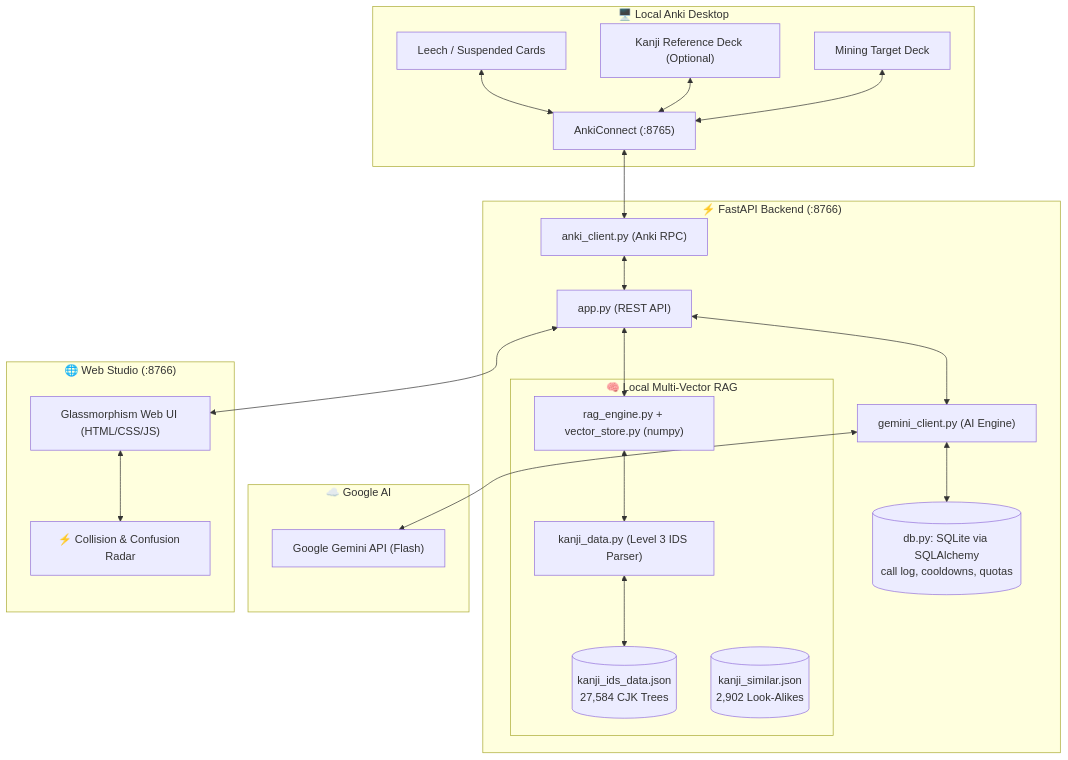
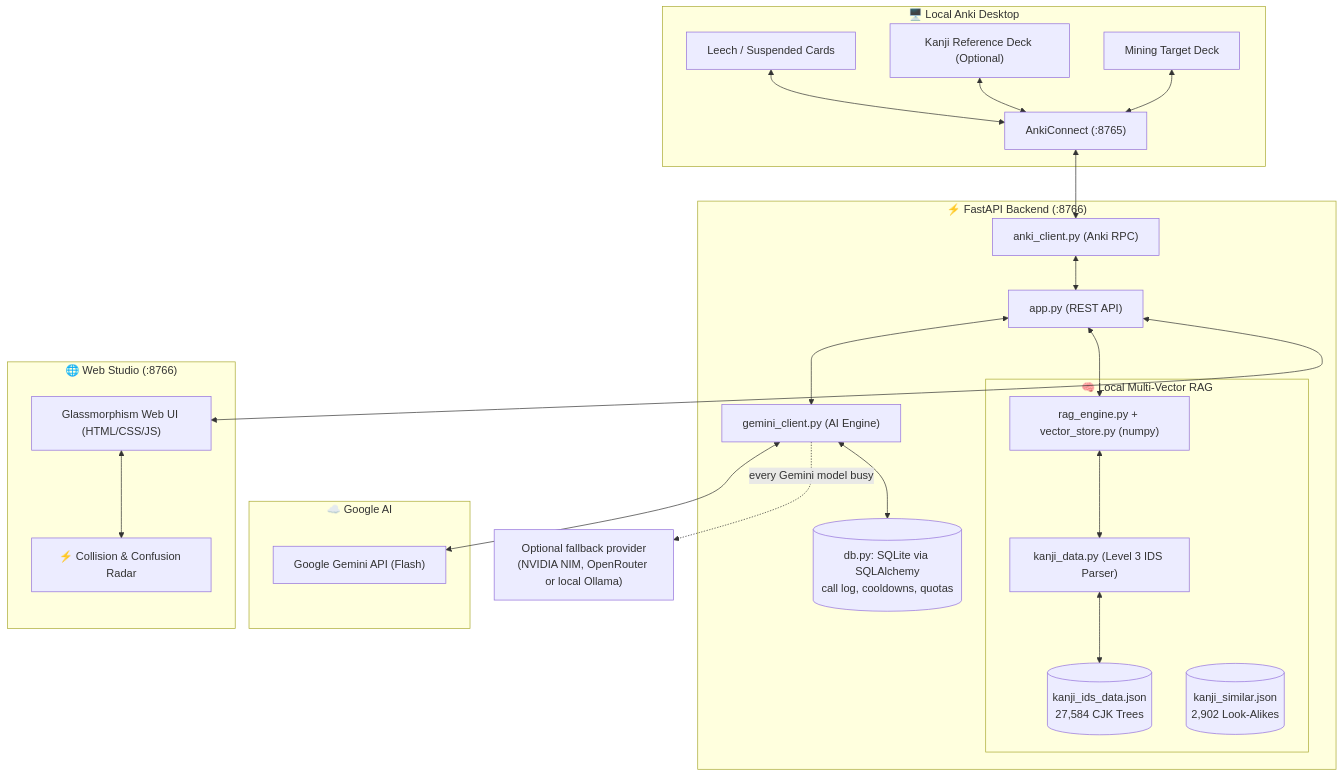
The diagram in README.md (tstinebaugh/anki-leech-doctor), drawn with Mermaid before and after one commit. The commit also changed other lines of this file and 7 other files, not shown here.

First line of the commit message:
feat: OpenAI-compatible fallback provider after the Gemini models

````diff
--- a/README.md
+++ b/README.md
@@ -98,46 +98,49 @@
 ```mermaid
 flowchart TD
     subgraph AnkiDesktop["🖥️ Local Anki Desktop"]
         AnkiConnect["AnkiConnect (:8765)"]
         LeechCards["Leech / Suspended Cards"]
         KanjiDeck["Kanji Reference Deck (Optional)"]
         MiningDeck["Mining Target Deck"]
     end
 
     subgraph Backend["⚡ FastAPI Backend (:8766)"]
         App["app.py (REST API)"]
         AnkiClient["anki_client.py (Anki RPC)"]
         GeminiClient["gemini_client.py (AI Engine)"]
         CallLog[("db.py: SQLite via SQLAlchemy<br/>call log, cooldowns, quotas")]
         
         subgraph RAGEngine["🧠 Local Multi-Vector RAG"]
             RAG["rag_engine.py + vector_store.py (numpy)"]
             IDSEngine["kanji_data.py (Level 3 IDS Parser)"]
             IDSDataset[("kanji_ids_data.json<br/>27,584 CJK Trees")]
             SimilarDataset[("kanji_similar.json<br/>2,902 Look-Alikes")]
         end
     end
 
     subgraph CloudAI["☁️ Google AI"]
         GeminiAPI["Google Gemini API (Flash)"]
     end
 
+    FallbackAPI["Optional fallback provider<br/>(NVIDIA NIM, OpenRouter or local Ollama)"]
+
     subgraph Frontend["🌐 Web Studio (:8766)"]
         UI["Glassmorphism Web UI (HTML/CSS/JS)"]
         CollisionRadar["⚡ Collision & Confusion Radar"]
     end
 
     LeechCards <--> AnkiConnect
     KanjiDeck <--> AnkiConnect
     MiningDeck <--> AnkiConnect
     AnkiConnect <--> AnkiClient
     AnkiClient <--> App
     App <--> GeminiClient
     App <--> RAG
     RAG <--> IDSEngine
     IDSEngine <--> IDSDataset
     GeminiClient <--> GeminiAPI
+    GeminiClient -. "every Gemini model busy" .-> FallbackAPI
     GeminiClient <--> CallLog
     App <--> UI
     UI <--> CollisionRadar
 ```
````
